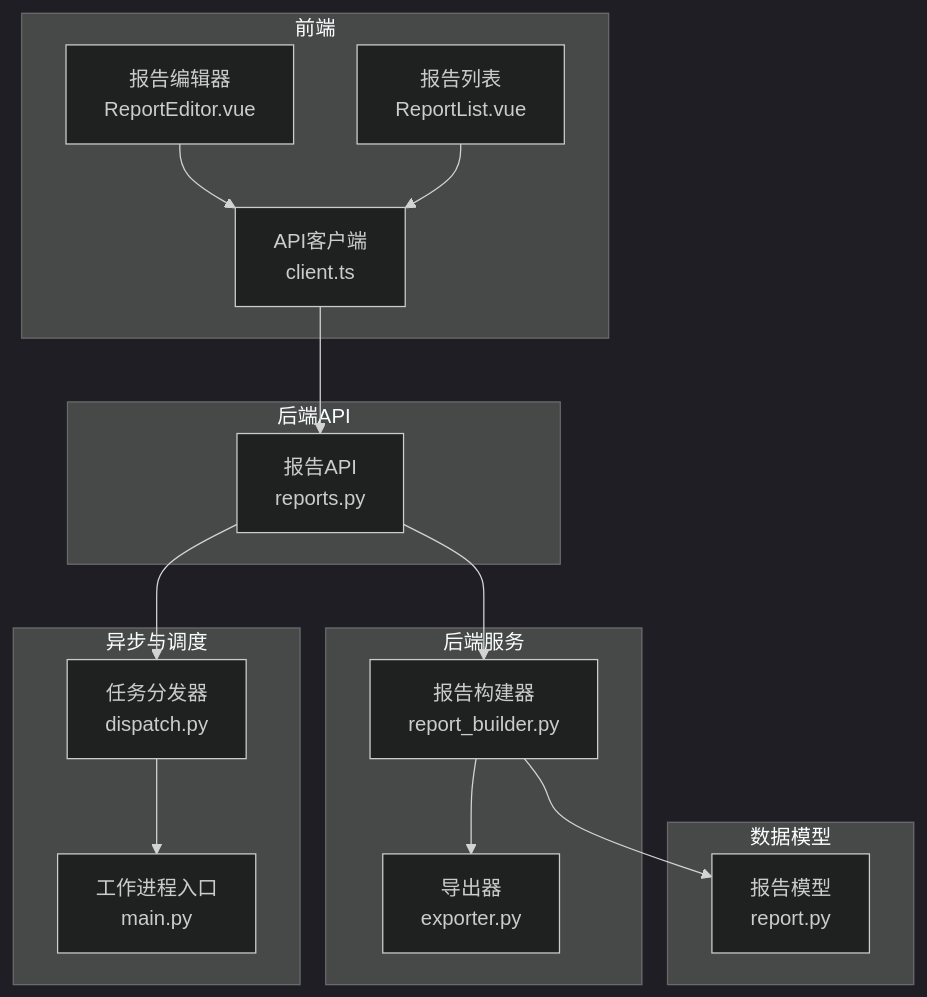
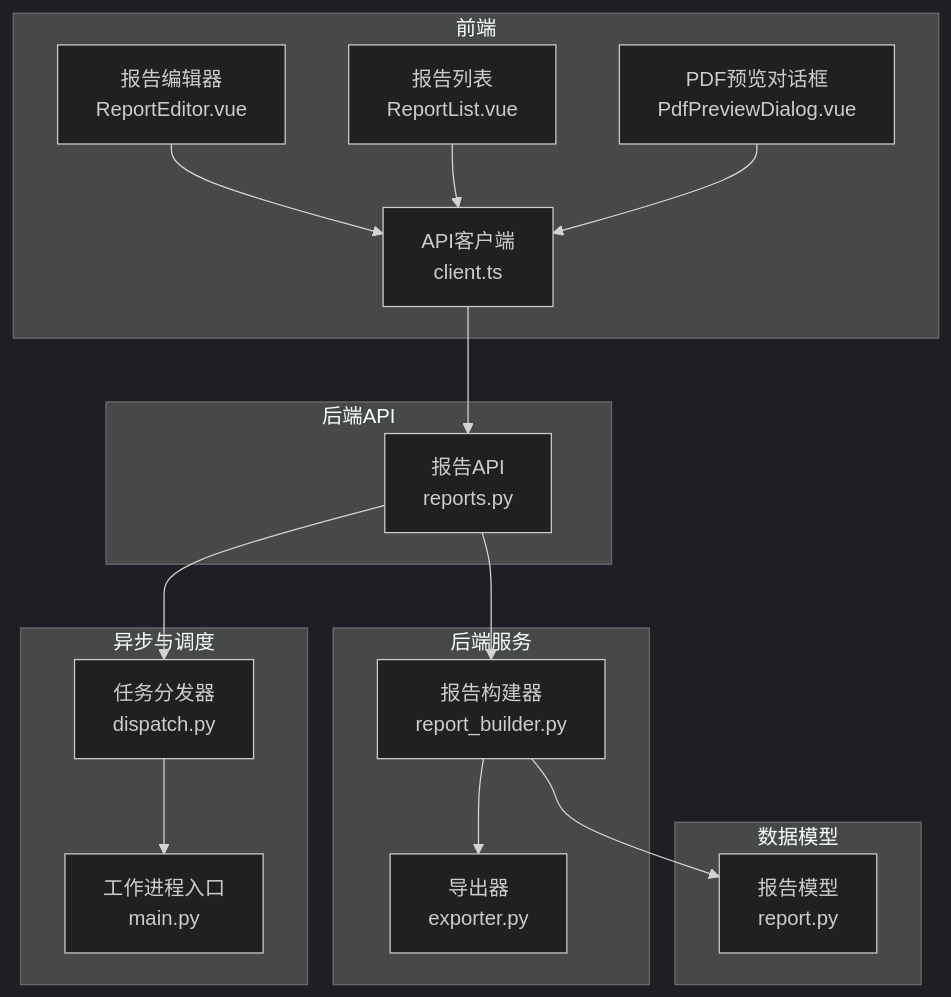
The first of 4 diagrams in .qoder/repowiki/zh/content/项目概览/核心功能概述/报告生成模块.md (vu1Art1st/talos), drawn with Mermaid (dark theme) before and after one commit. The commit also changed other lines of this file and 129 other files, not shown here.

````diff
--- a/.qoder/repowiki/zh/content/项目概览/核心功能概述/报告生成模块.md
+++ b/.qoder/repowiki/zh/content/项目概览/核心功能概述/报告生成模块.md
@@ -34,30 +45,32 @@
 ```mermaid
 graph TB
 subgraph "前端"
 FE_Reporter["报告编辑器<br/>ReportEditor.vue"]
 FE_List["报告列表<br/>ReportList.vue"]
+FE_PDF["PDF预览对话框<br/>PdfPreviewDialog.vue"]
 FE_Client["API客户端<br/>client.ts"]
 end
 subgraph "后端API"
 API_Reports["报告API<br/>reports.py"]
 end
 subgraph "后端服务"
 Svc_Builder["报告构建器<br/>report_builder.py"]
 Svc_Exporter["导出器<br/>exporter.py"]
 end
 subgraph "数据模型"
 Model_Report["报告模型<br/>report.py"]
 end
 subgraph "异步与调度"
 Worker_Main["工作进程入口<br/>main.py"]
 Worker_Dispatch["任务分发器<br/>dispatch.py"]
 end
 FE_Reporter --> FE_Client
 FE_List --> FE_Client
+FE_PDF --> FE_Client
 FE_Client --> API_Reports
 API_Reports --> Svc_Builder
 Svc_Builder --> Model_Report
 Svc_Builder --> Svc_Exporter
 API_Reports --> Worker_Dispatch
 Worker_Dispatch --> Worker_Main
 ```
````
